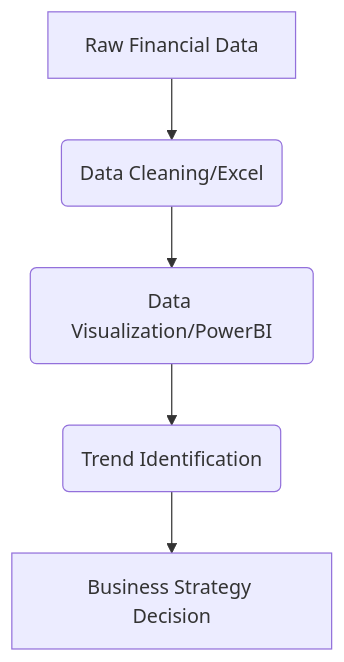
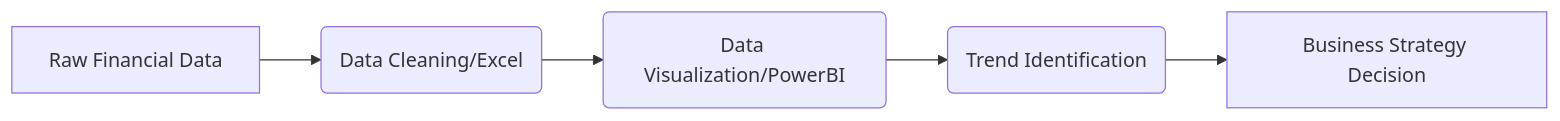
Before and after one commit to the-career-breweries/tcb-soft-skills: the second of 2 diagrams in curriculum-app/src/content/lessons/ug/bcom/sem5/week18.md, drawn with Mermaid. The commit also changed other lines of this file and 5 other files, not shown here.

Commit message:
fix: resolve mermaid text illegibility in dark mode by removing global CSS color override and explicitly adding dark text colors to custom light-background nodes

````diff
--- a/curriculum-app/src/content/lessons/ug/bcom/sem5/week18.md
+++ b/curriculum-app/src/content/lessons/ug/bcom/sem5/week18.md
@@ -38,7 +38,7 @@
 ```mermaid
-flowchart TD
+flowchart LR
     A[Raw Financial Data] --> B(Data Cleaning/Excel)
     B --> C(Data Visualization/PowerBI)
     C --> D(Trend Identification)
     D --> E[Business Strategy Decision]
 ```
````
